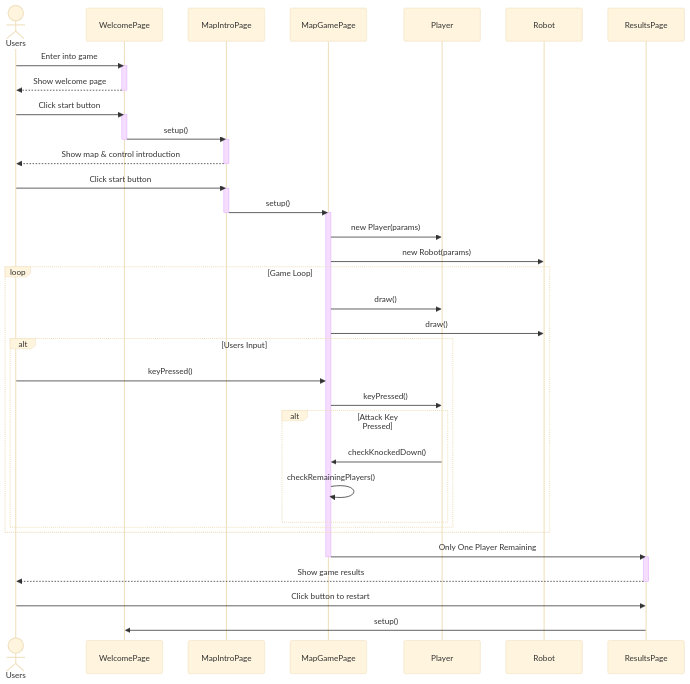
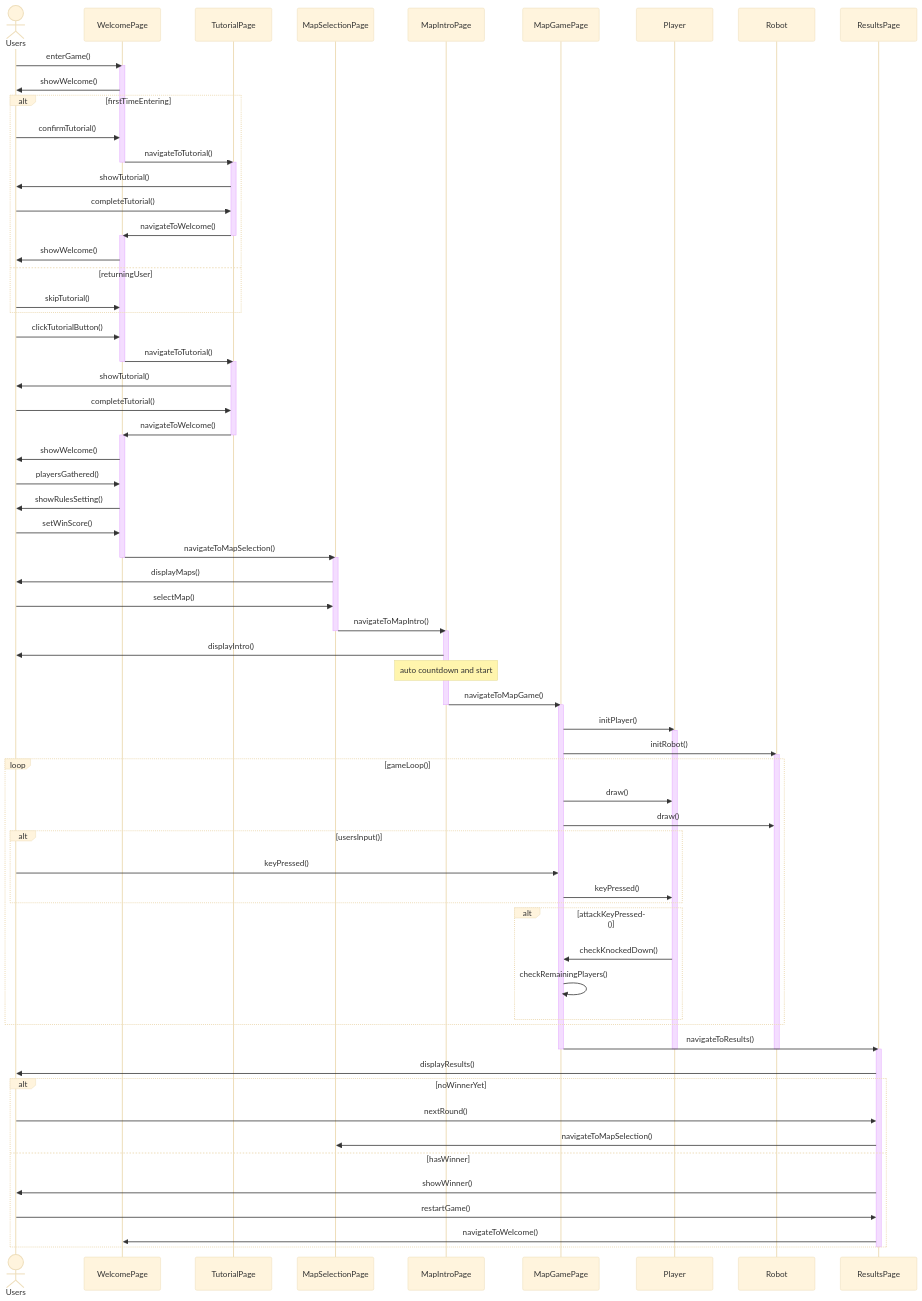
One commit to UoB-COMSM0166/2025-group-16 changed the second of 2 diagrams in README.md. Above: the diagram before and after it, drawn with Mermaid (base theme).

Commit message:
docs: update sequence diagram

````diff
--- a/README.md
+++ b/README.md
@@ -434,55 +434,97 @@
 sequenceDiagram
   actor Users
   participant WelcomePage
+  participant TutorialPage
+  participant MapSelectionPage
   participant MapIntroPage
   participant MapGamePage
   participant Player
   participant Robot
   participant ResultsPage
 
-  Users->>WelcomePage: Enter into game
+  Users->>WelcomePage: enterGame()
   activate WelcomePage
-  WelcomePage-->>Users: Show welcome page
+  WelcomePage->>Users: showWelcome()
+
+  alt firstTimeEntering
+      Users->>WelcomePage: confirmTutorial()
+      WelcomePage->>TutorialPage: navigateToTutorial()
+      deactivate WelcomePage
+      activate TutorialPage
+      TutorialPage->>Users: showTutorial()
+      Users->>TutorialPage: completeTutorial()
+      TutorialPage->>WelcomePage: navigateToWelcome()
+      deactivate TutorialPage
+      activate WelcomePage
+      WelcomePage->>Users: showWelcome()
+  else returningUser
+      Users->>WelcomePage: skipTutorial()
+  end
+
+  Users->>WelcomePage: clickTutorialButton()
+  WelcomePage->>TutorialPage: navigateToTutorial()
   deactivate WelcomePage
+  activate TutorialPage
+  TutorialPage->>Users: showTutorial()
+  Users->>TutorialPage: completeTutorial()
+  TutorialPage->>WelcomePage: navigateToWelcome()
+  deactivate TutorialPage
+  activate WelcomePage
+  WelcomePage->>Users: showWelcome()
 
-  Users->>WelcomePage: Click start button
-  activate WelcomePage
-  WelcomePage->>MapIntroPage: setup()
+  Users->>WelcomePage: playersGathered()
+  WelcomePage->>Users: showRulesSetting()
+  Users->>WelcomePage: setWinScore()
+  WelcomePage->>MapSelectionPage: navigateToMapSelection()
   deactivate WelcomePage
+  activate MapSelectionPage
 
+  MapSelectionPage->>Users: displayMaps()
+  Users->>MapSelectionPage: selectMap()
+  MapSelectionPage->>MapIntroPage: navigateToMapIntro()
+  deactivate MapSelectionPage
   activate MapIntroPage
-  MapIntroPage-->>Users: Show map & control introduction
+
+  MapIntroPage->>Users: displayIntro()
+  Note over MapIntroPage: auto countdown and start
+  MapIntroPage->>MapGamePage: navigateToMapGame()
   deactivate MapIntroPage
+  activate MapGamePage
 
-  Users->>MapIntroPage: Click start button
-  activate MapIntroPage
-  MapIntroPage->>MapGamePage: setup()
-  deactivate MapIntroPage
+  MapGamePage->>Player: initPlayer()
+  activate Player
+  MapGamePage->>Robot: initRobot()
+  activate Robot
 
-  activate MapGamePage
-  MapGamePage->>Player: new Player(params)
-  MapGamePage->>Robot: new Robot(params)
-
-  loop Game Loop
+  loop gameLoop()
       MapGamePage->>Player: draw()
       MapGamePage->>Robot: draw()
 
-      alt Users Input
+      alt usersInput()
           Users->>MapGamePage: keyPressed()
           MapGamePage->>Player: keyPressed()
+      end
 
-          alt Attack Key Pressed
-              Player->>MapGamePage: checkKnockedDown()
-              MapGamePage->>MapGamePage: checkRemainingPlayers()
-          end
+      alt attackKeyPressed()
+          Player->>MapGamePage: checkKnockedDown()
+          MapGamePage->>MapGamePage: checkRemainingPlayers()
       end
   end
 
-  MapGamePage->>ResultsPage: Only One Player Remaining
+  MapGamePage->>ResultsPage: navigateToResults()
+  deactivate Player
+  deactivate Robot
   deactivate MapGamePage
   activate ResultsPage
-  ResultsPage-->>Users: Show game results
+  ResultsPage->>Users: displayResults()
+
+  alt noWinnerYet
+      Users->>ResultsPage: nextRound()
+      ResultsPage->>MapSelectionPage: navigateToMapSelection()
+  else hasWinner
+      ResultsPage->>Users: showWinner()
+      Users->>ResultsPage: restartGame()
+      ResultsPage->>WelcomePage: navigateToWelcome()
+  end
   deactivate ResultsPage
-  Users->>ResultsPage: Click button to restart
-  ResultsPage->>WelcomePage: setup()
 ```
````
